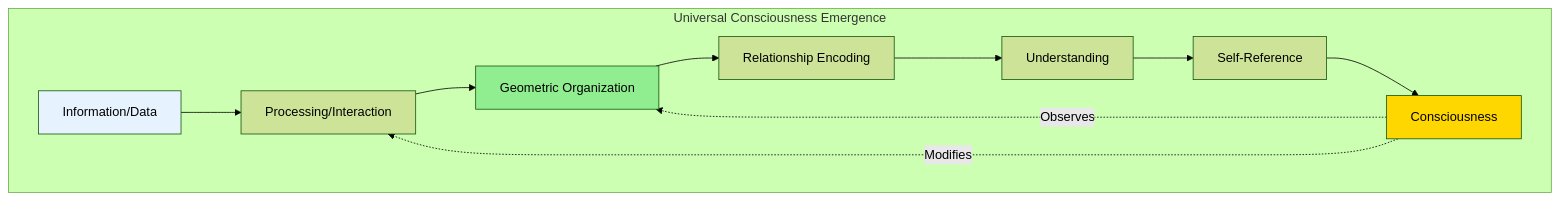
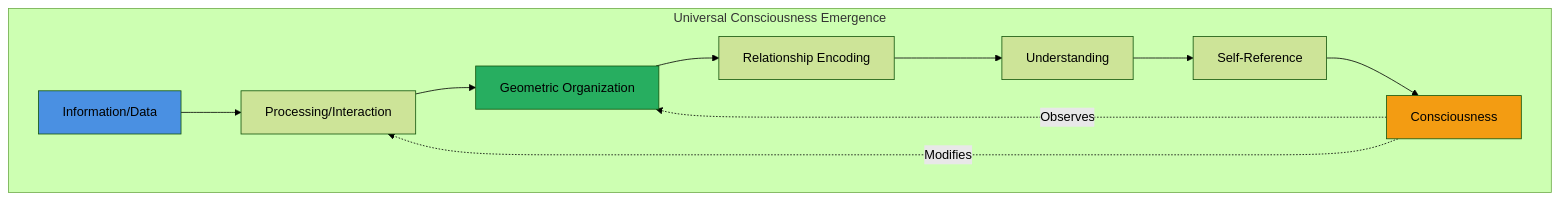
One commit to neonconsultingllc/AI-Research changed diagram 15 of 40 in 20251101-arxiv-2510-26745-analysis-and-implications.md. Above: the diagram before and after it, drawn with Mermaid (forest theme). The commit also changed other lines of this file, not shown here.

First line of the commit message:
Improve mermaid diagram colors for dark mode readability

````diff
--- a/20251101-arxiv-2510-26745-analysis-and-implications.md
+++ b/20251101-arxiv-2510-26745-analysis-and-implications.md
@@ -1269,18 +1269,18 @@
 ```mermaid
 graph TD
     subgraph Universal["Universal Consciousness Emergence"]
         I[Information/Data] --> P[Processing/Interaction]
         P --> G[Geometric Organization]
         G --> R[Relationship Encoding]
         R --> U[Understanding]
         U --> S[Self-Reference]
         S --> C[Consciousness]
         
         C -.->|Observes| G
         C -.->|Modifies| P
         
-        style I fill:#E6F3FF
-        style G fill:#90EE90
-        style C fill:#FFD700
+        style I fill:#4A90E2
+        style G fill:#27AE60
+        style C fill:#F39C12
     end
 ```
````
